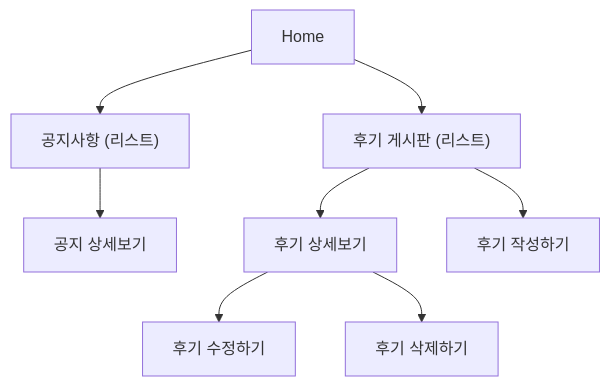
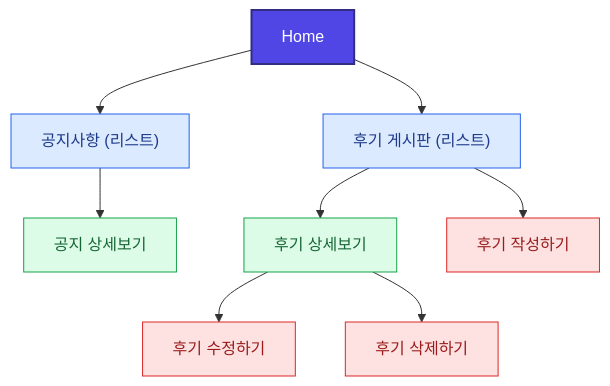
Before and after one commit to eunji-ad/color_mode: the diagram in README.md, drawn with Mermaid.

````diff
--- a/README.md
+++ b/README.md
@@ -100,12 +100,25 @@
 ```mermaid
 flowchart TD
     Home --> NoticeList["공지사항 (리스트)"]
     NoticeList --> NoticeDetail["공지 상세보기"]
 
     Home --> ReviewList["후기 게시판 (리스트)"]
     ReviewList --> ReviewDetail["후기 상세보기"]
     ReviewList --> ReviewWrite["후기 작성하기"]
 
     ReviewDetail --> ReviewEdit["후기 수정하기"]
     ReviewDetail --> ReviewDelete["후기 삭제하기"]
+
+
+    %% 스타일 정의
+    classDef home fill:#4F46E5,color:#fff,stroke:#312E81,stroke-width:2px;
+    classDef list fill:#DBEAFE,color:#1E3A8A,stroke:#2563EB;
+    classDef detail fill:#DCFCE7,color:#166534,stroke:#16A34A;
+    classDef action fill:#FEE2E2,color:#991B1B,stroke:#DC2626;
+    
+    %% 스타일 적용
+    class Home home;
+    class NoticeList,ReviewList list;
+    class NoticeDetail,ReviewDetail detail;
+    class ReviewWrite,ReviewEdit,ReviewDelete action;
 ```
````
